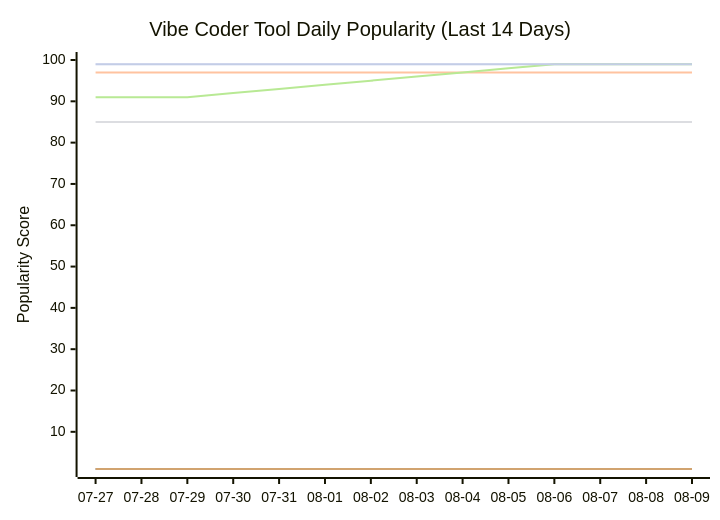
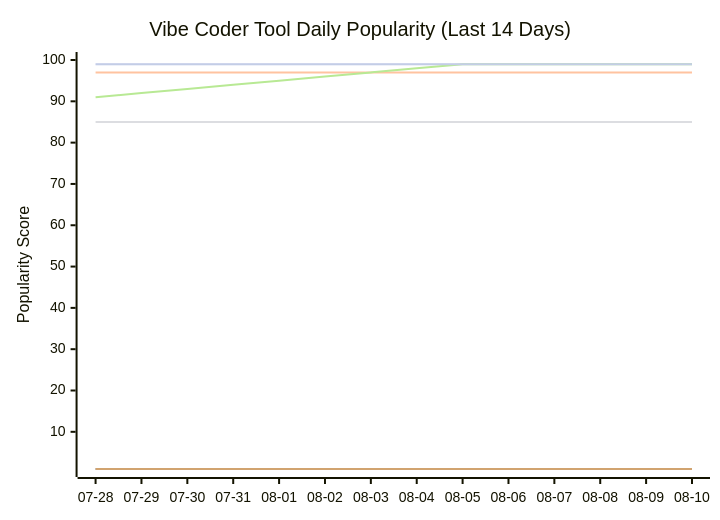
One commit to tykimos/ai-whatchelin changed the seventh of 11 diagrams in README.md. Above: the diagram before and after it, drawn with Mermaid. The commit also changed other lines of this file and 4 other files, not shown here.

````diff
--- a/README.md
+++ b/README.md
@@ -2203,13 +2203,13 @@
 ```mermaid
 xychart-beta
     title "Vibe Coder Tool Daily Popularity (Last 14 Days)"
-    x-axis ["07-27", "07-28", "07-29", "07-30", "07-31", "08-01", "08-02", "08-03", "08-04", "08-05", "08-06", "08-07", "08-08", "08-09"]
+    x-axis ["07-28", "07-29", "07-30", "07-31", "08-01", "08-02", "08-03", "08-04", "08-05", "08-06", "08-07", "08-08", "08-09", "08-10"]
     y-axis "Popularity Score" 1 --> 100
     line "Claude Code" [99, 99, 99, 99, 99, 99, 99, 99, 99, 99, 99, 99, 99, 99]
     line "GH Copilot" [1, 1, 1, 1, 1, 1, 1, 1, 1, 1, 1, 1, 1, 1]
     line "Cursor" [97, 97, 97, 97, 97, 97, 97, 97, 97, 97, 97, 97, 97, 97]
     line "Windsurf" [85, 85, 85, 85, 85, 85, 85, 85, 85, 85, 85, 85, 85, 85]
-    line "Codex CLI" [91, 91, 91, 92, 93, 94, 95, 96, 97, 98, 99, 99, 99, 99]
+    line "Codex CLI" [91, 92, 93, 94, 95, 96, 97, 98, 99, 99, 99, 99, 99, 99]
     line "Gemini CLI" [1, 1, 1, 1, 1, 1, 1, 1, 1, 1, 1, 1, 1, 1]
     line "Antigravity" [99, 99, 99, 99, 99, 99, 99, 99, 99, 99, 99, 99, 99, 99]
 ```
````
